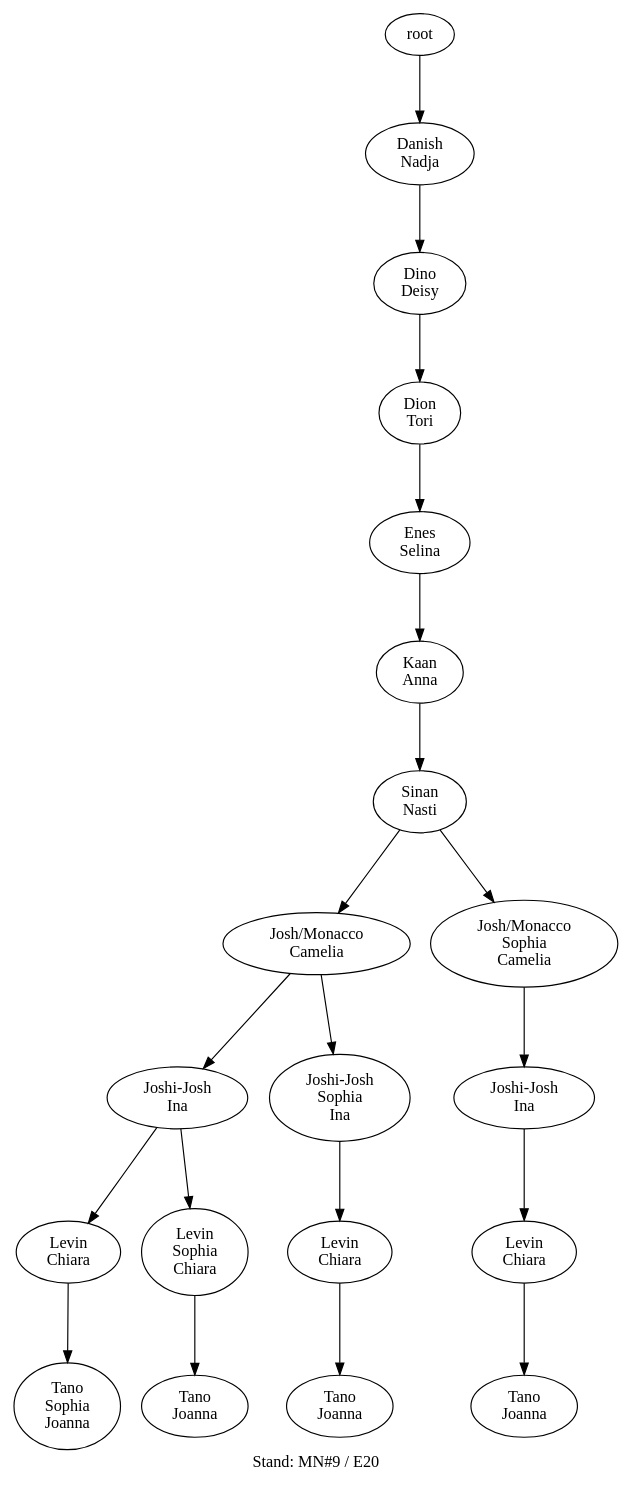
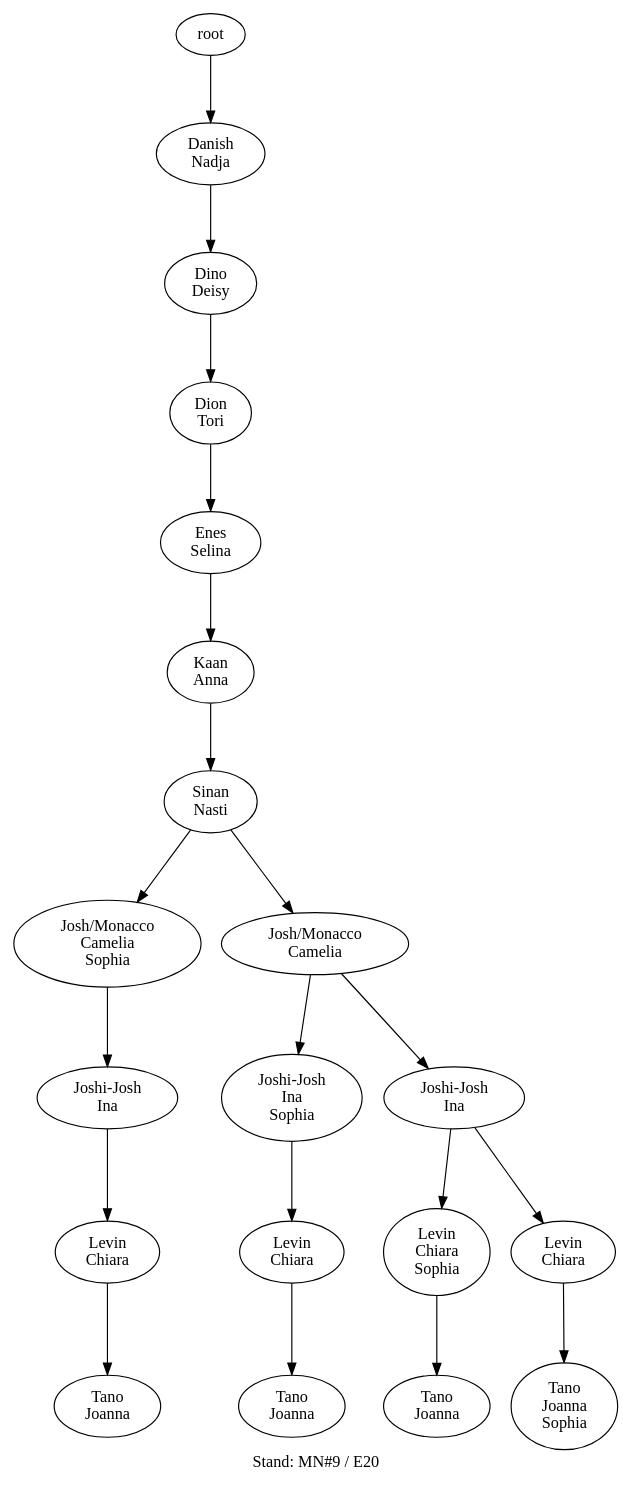
Before and after one commit to atticus-sullivan/sim-ayto: the diagram in data/de06/de06_18_tree.dot, drawn with Graphviz. The commit also changed 23 other files, not shown here.

```diff
--- a/data/de06/de06_18_tree.dot
+++ b/data/de06/de06_18_tree.dot
@@ -1,40 +1,40 @@
 digraph D { labelloc="b"; label="Stand: MN#9 / E20"; ranksep=0.8;
 "root/6"[label="Danish\nNadja"]
 "root" -> "root/6";
 "root/6/3"[label="Dino\nDeisy"]
 "root/6" -> "root/6/3";
 "root/6/3/10"[label="Dion\nTori"]
 "root/6/3" -> "root/6/3/10";
 "root/6/3/10/8"[label="Enes\nSelina"]
 "root/6/3/10" -> "root/6/3/10/8";
 "root/6/3/10/8/0"[label="Kaan\nAnna"]
 "root/6/3/10/8" -> "root/6/3/10/8/0";
 "root/6/3/10/8/0/7"[label="Sinan\nNasti"]
 "root/6/3/10/8/0" -> "root/6/3/10/8/0/7";
+"root/6/3/10/8/0/7/1,9"[label="Josh/Monacco\nCamelia\nSophia"]
+"root/6/3/10/8/0/7" -> "root/6/3/10/8/0/7/1,9";
+"root/6/3/10/8/0/7/1,9/4"[label="Joshi-Josh\nIna"]
+"root/6/3/10/8/0/7/1,9" -> "root/6/3/10/8/0/7/1,9/4";
+"root/6/3/10/8/0/7/1,9/4/2"[label="Levin\nChiara"]
+"root/6/3/10/8/0/7/1,9/4" -> "root/6/3/10/8/0/7/1,9/4/2";
+"root/6/3/10/8/0/7/1,9/4/2/5"[label="Tano\nJoanna"]
+"root/6/3/10/8/0/7/1,9/4/2" -> "root/6/3/10/8/0/7/1,9/4/2/5";
 "root/6/3/10/8/0/7/1"[label="Josh/Monacco\nCamelia"]
 "root/6/3/10/8/0/7" -> "root/6/3/10/8/0/7/1";
+"root/6/3/10/8/0/7/1/4,9"[label="Joshi-Josh\nIna\nSophia"]
+"root/6/3/10/8/0/7/1" -> "root/6/3/10/8/0/7/1/4,9";
+"root/6/3/10/8/0/7/1/4,9/2"[label="Levin\nChiara"]
+"root/6/3/10/8/0/7/1/4,9" -> "root/6/3/10/8/0/7/1/4,9/2";
+"root/6/3/10/8/0/7/1/4,9/2/5"[label="Tano\nJoanna"]
+"root/6/3/10/8/0/7/1/4,9/2" -> "root/6/3/10/8/0/7/1/4,9/2/5";
 "root/6/3/10/8/0/7/1/4"[label="Joshi-Josh\nIna"]
 "root/6/3/10/8/0/7/1" -> "root/6/3/10/8/0/7/1/4";
+"root/6/3/10/8/0/7/1/4/2,9"[label="Levin\nChiara\nSophia"]
+"root/6/3/10/8/0/7/1/4" -> "root/6/3/10/8/0/7/1/4/2,9";
+"root/6/3/10/8/0/7/1/4/2,9/5"[label="Tano\nJoanna"]
+"root/6/3/10/8/0/7/1/4/2,9" -> "root/6/3/10/8/0/7/1/4/2,9/5";
 "root/6/3/10/8/0/7/1/4/2"[label="Levin\nChiara"]
 "root/6/3/10/8/0/7/1/4" -> "root/6/3/10/8/0/7/1/4/2";
-"root/6/3/10/8/0/7/1/4/2/9,5"[label="Tano\nSophia\nJoanna"]
-"root/6/3/10/8/0/7/1/4/2" -> "root/6/3/10/8/0/7/1/4/2/9,5";
-"root/6/3/10/8/0/7/1/9,4"[label="Joshi-Josh\nSophia\nIna"]
-"root/6/3/10/8/0/7/1" -> "root/6/3/10/8/0/7/1/9,4";
-"root/6/3/10/8/0/7/1/9,4/2"[label="Levin\nChiara"]
-"root/6/3/10/8/0/7/1/9,4" -> "root/6/3/10/8/0/7/1/9,4/2";
-"root/6/3/10/8/0/7/1/9,4/2/5"[label="Tano\nJoanna"]
-"root/6/3/10/8/0/7/1/9,4/2" -> "root/6/3/10/8/0/7/1/9,4/2/5";
-"root/6/3/10/8/0/7/1/4/9,2"[label="Levin\nSophia\nChiara"]
-"root/6/3/10/8/0/7/1/4" -> "root/6/3/10/8/0/7/1/4/9,2";
-"root/6/3/10/8/0/7/1/4/9,2/5"[label="Tano\nJoanna"]
-"root/6/3/10/8/0/7/1/4/9,2" -> "root/6/3/10/8/0/7/1/4/9,2/5";
-"root/6/3/10/8/0/7/9,1"[label="Josh/Monacco\nSophia\nCamelia"]
-"root/6/3/10/8/0/7" -> "root/6/3/10/8/0/7/9,1";
-"root/6/3/10/8/0/7/9,1/4"[label="Joshi-Josh\nIna"]
-"root/6/3/10/8/0/7/9,1" -> "root/6/3/10/8/0/7/9,1/4";
-"root/6/3/10/8/0/7/9,1/4/2"[label="Levin\nChiara"]
-"root/6/3/10/8/0/7/9,1/4" -> "root/6/3/10/8/0/7/9,1/4/2";
-"root/6/3/10/8/0/7/9,1/4/2/5"[label="Tano\nJoanna"]
-"root/6/3/10/8/0/7/9,1/4/2" -> "root/6/3/10/8/0/7/9,1/4/2/5";
+"root/6/3/10/8/0/7/1/4/2/5,9"[label="Tano\nJoanna\nSophia"]
+"root/6/3/10/8/0/7/1/4/2" -> "root/6/3/10/8/0/7/1/4/2/5,9";
 }
```
